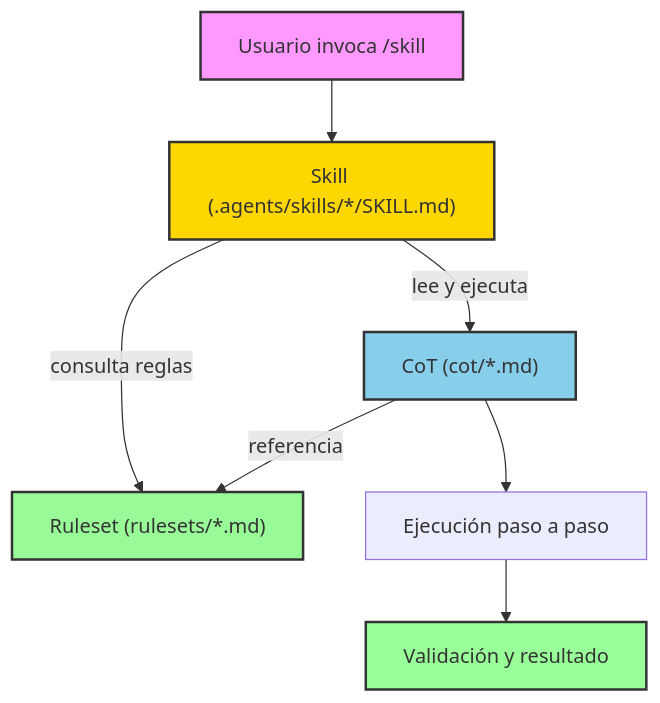
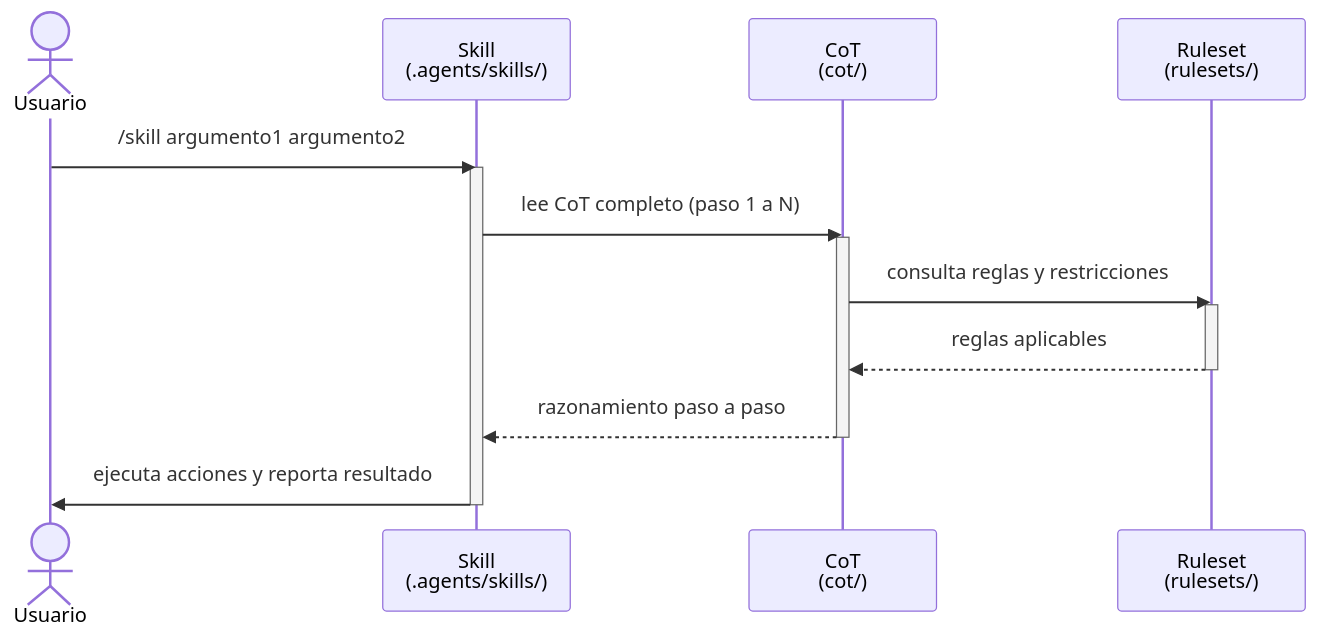
The second of 2 diagrams in README.md (incognia/rules), drawn with Mermaid before and after one commit. The commit also changed other lines of this file and 1 other file, not shown here.

Commit message:
docs: replace flowchart with sequence diagram for skill architecture

````diff
--- a/README.md
+++ b/README.md
@@ -189,15 +189,20 @@
 ```mermaid
-flowchart TD
-    U["Usuario invoca /skill"] --> S["Skill (.agents/skills/*/SKILL.md)"]
-    S -->|"lee y ejecuta"| C["CoT (cot/*.md)"]
-    S -->|"consulta reglas"| R["Ruleset (rulesets/*.md)"]
-    C -->|"referencia"| R
-    C --> E["Ejecución paso a paso"]
-    E --> V["Validación y resultado"]
+sequenceDiagram
+    actor U as Usuario
+    participant S as Skill<br/>(.agents/skills/)
+    participant C as CoT<br/>(cot/)
+    participant R as Ruleset<br/>(rulesets/)
 
-    style U fill:#f9f,stroke:#333,stroke-width:2px
-    style S fill:#ffd700,stroke:#333,stroke-width:2px
-    style C fill:#87ceeb,stroke:#333,stroke-width:2px
-    style R fill:#98fb98,stroke:#333,stroke-width:2px
-    style V fill:#9f9,stroke:#333,stroke-width:2px
+    U->>S: /skill argumento1 argumento2
+    activate S
+    S->>C: lee CoT completo (paso 1 a N)
+    activate C
+    C->>R: consulta reglas y restricciones
+    activate R
+    R-->>C: reglas aplicables
+    deactivate R
+    C-->>S: razonamiento paso a paso
+    deactivate C
+    S->>U: ejecuta acciones y reporta resultado
+    deactivate S
 ```
````
